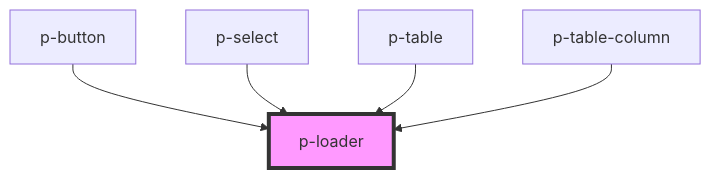
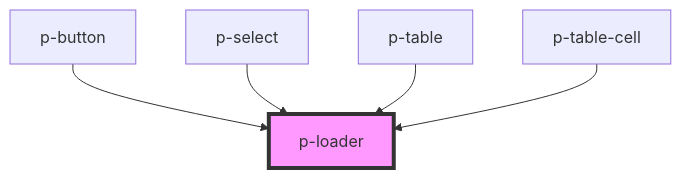
The diagram in packages/core/src/components/atoms/loader/readme.md (Employes/paperless), drawn with Mermaid before and after one commit. The commit also changed other lines of this file and 23 other files, not shown here.

````diff
--- a/packages/core/src/components/atoms/loader/readme.md
+++ b/packages/core/src/components/atoms/loader/readme.md
@@ -33,8 +33,8 @@
 ```mermaid
 graph TD;
   p-button --> p-loader
   p-select --> p-loader
   p-table --> p-loader
-  p-table-column --> p-loader
+  p-table-cell --> p-loader
   style p-loader fill:#f9f,stroke:#333,stroke-width:4px
 ```
````
